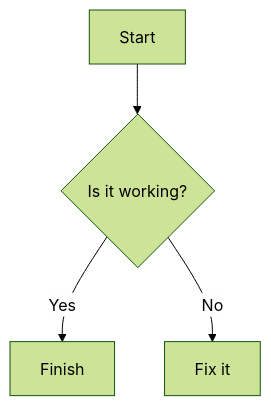
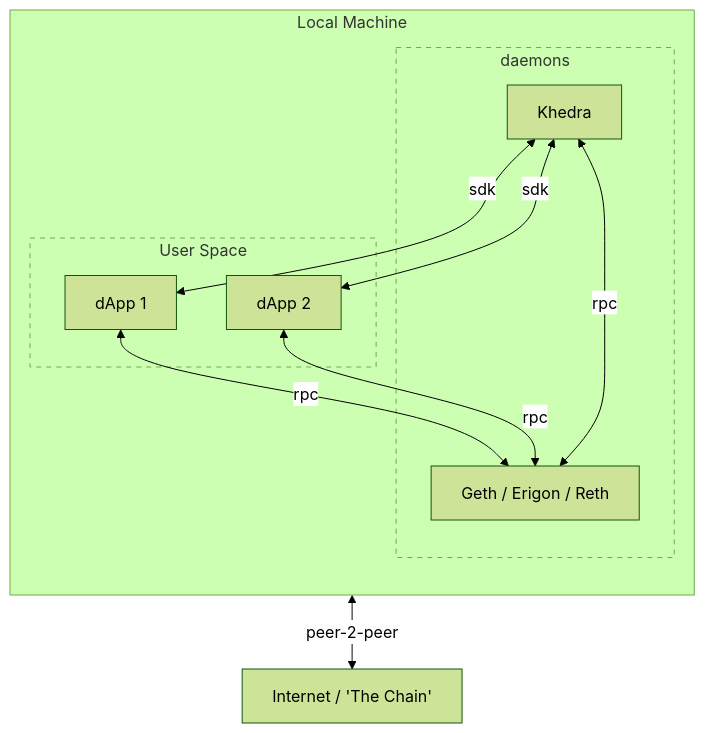
The diagram in book/src/tech_spec/_index.md (TrueBlocks/trueblocks-chifra), drawn with Mermaid before and after one commit.

Commit message:
Architectural documents

```diff
--- a/book/src/tech_spec/_index.md
+++ b/book/src/tech_spec/_index.md
@@ -5,7 +5,27 @@
 <div class="mermaid">
 %%{init: {'theme': 'forest', 'themeVariables': {'primaryColor': '#00ffcc', 'edgeLabelBackground': '#fefefe'}}}%%
-graph TD
-    A[Start] --> B{Is it working?}
-    B -->|Yes| C[Finish]
-    B -->|No| D[Fix it]
+flowchart TB
+    subgraph LocalMachine[Local Machine]
+        direction TB
+
+        subgraph UserSpace[User Space]
+            style UserSpace stroke-dasharray: 5 5
+            dApp1[dApp 1]
+            dApp2[dApp 2]
+        end
+
+        subgraph Daemons[daemons]
+            style Daemons stroke-dasharray: 5 5
+            Khedra[Khedra]
+            Geth[Geth / Erigon / Reth]
+        end
+
+        dApp1 <--> |rpc| Geth
+        dApp2 <--> |rpc| Geth
+        Geth <--> |rpc| Khedra
+        Khedra <--> |sdk| dApp1
+        Khedra <--> |sdk| dApp2
+    end
+
+    Geth <--> |peer-2-peer| Internet["Internet / 'The Chain'"]
 </div>
```
